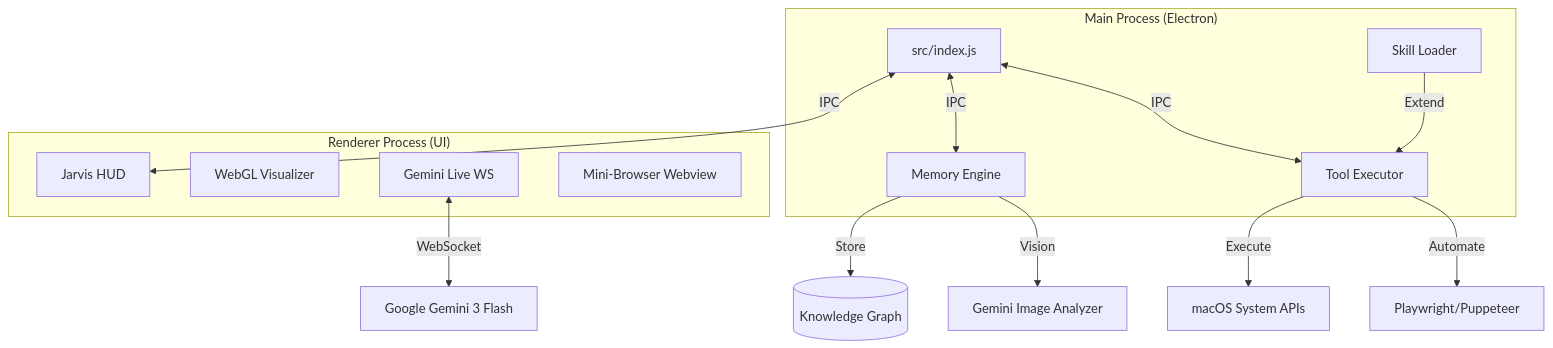
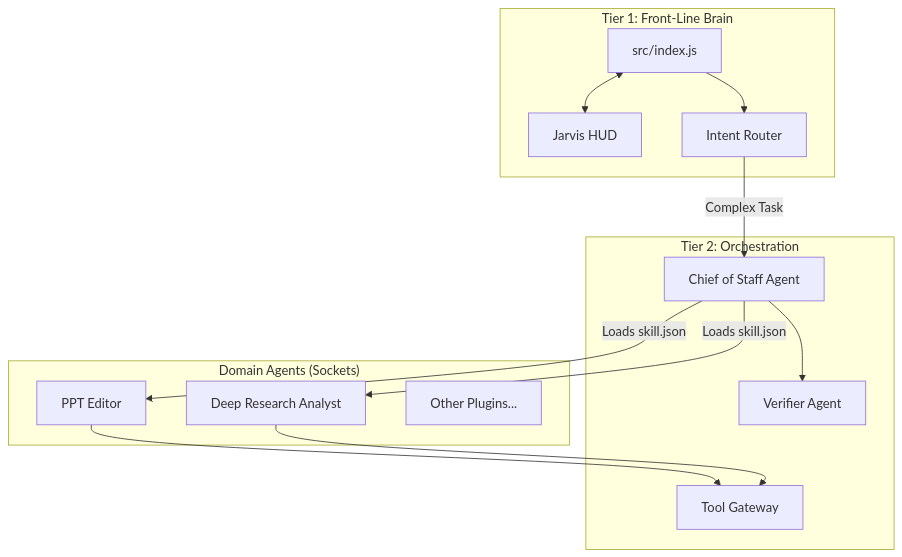
One commit to Ayushkumar0602/Project-Summer-Personal-AI-OS changed the diagram in README.md. Above: the diagram before and after it, drawn with Mermaid. The commit also changed other lines of this file, not shown here.

Commit message:
docs: update README with Agentic Orchestration and Domain Agents features

````diff
--- a/README.md
+++ b/README.md
@@ -63,30 +80,29 @@
 ```mermaid
 graph TD
-    subgraph "Main Process (Electron)"
+    subgraph "Tier 1: Front-Line Brain"
         Main[src/index.js]
-        Memory[Memory Engine]
-        Tools[Tool Executor]
-        Skills[Skill Loader]
+        HUD[Jarvis HUD]
+        Intent[Intent Router]
     end
 
-    subgraph "Renderer Process (UI)"
-        HUD[Jarvis HUD]
-        Viz[WebGL Visualizer]
-        Voice[Gemini Live WS]
-        Browser[Mini-Browser Webview]
+    subgraph "Tier 2: Orchestration"
+        Orchestrator[Chief of Staff Agent]
+        Gateway[Tool Gateway]
+        Verifier[Verifier Agent]
     end
 
-    Main <-->|IPC| HUD
-    Main <-->|IPC| Memory
-    Main <-->|IPC| Tools
-    
-    Memory -->|Store| JSON[(Knowledge Graph)]
-    Memory -->|Vision| GeminiVision[Gemini Image Analyzer]
-    
-    Tools -->|Execute| OS[macOS System APIs]
-    Tools -->|Automate| Playwright[Playwright/Puppeteer]
-    
-    Voice <-->|WebSocket| Gemini[Google Gemini 3 Flash]
-    
-    Skills -->|Extend| Tools
+    subgraph "Domain Agents (Sockets)"
+        PPT[PPT Editor]
+        Research[Deep Research Analyst]
+        Other[Other Plugins...]
+    end
+
+    Main <--> HUD
+    Main --> Intent
+    Intent -->|Complex Task| Orchestrator
+    Orchestrator -->|Loads skill.json| PPT
+    Orchestrator -->|Loads skill.json| Research
+    PPT --> Gateway
+    Research --> Gateway
+    Orchestrator --> Verifier
 ```
````
